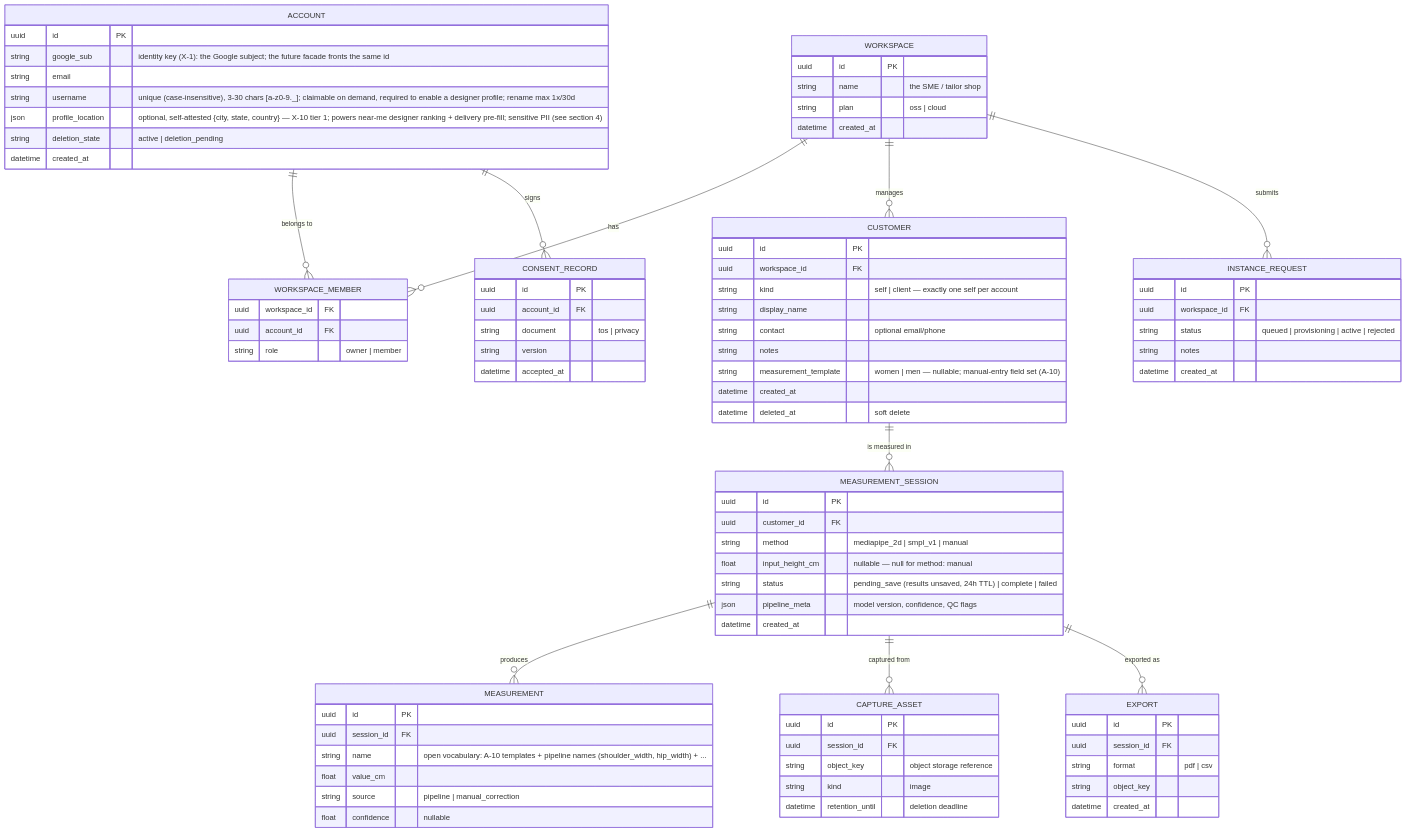
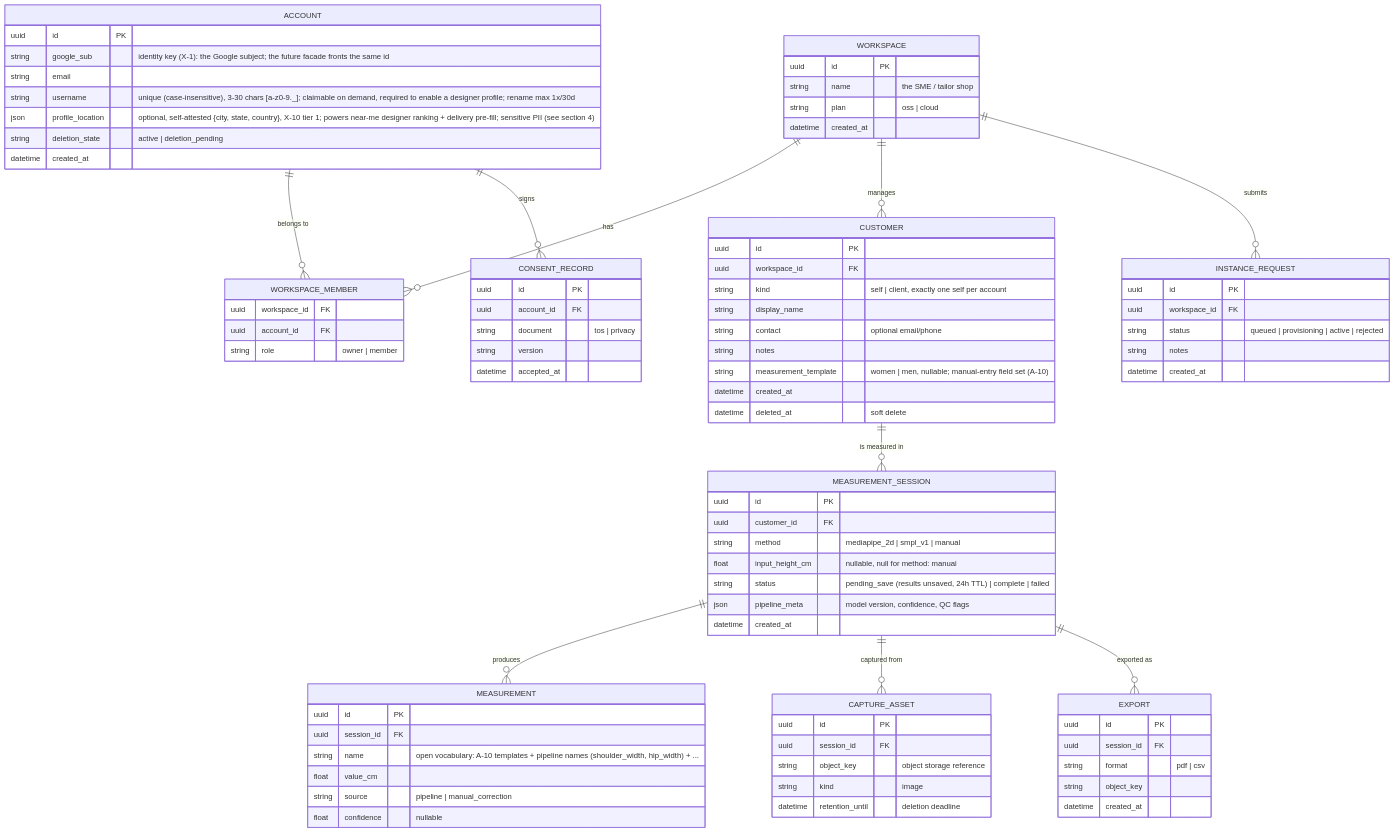
Before and after one commit to cuesoftinc/apparule: the first of 3 diagrams in docs/data-model.md, drawn with Mermaid. The commit also changed other lines of this file and 28 other files, not shown here.

```diff
--- a/docs/data-model.md
+++ b/docs/data-model.md
@@ -31,7 +31,7 @@
         string google_sub "identity key (X-1): the Google subject; the future facade fronts the same id"
         string email
         string username "unique (case-insensitive), 3-30 chars [a-z0-9._]; claimable on demand, required to enable a designer profile; rename max 1x/30d"
-        json profile_location "optional, self-attested {city, state, country} — X-10 tier 1; powers near-me designer ranking + delivery pre-fill; sensitive PII (see section 4)"
+        json profile_location "optional, self-attested {city, state, country}, X-10 tier 1; powers near-me designer ranking + delivery pre-fill; sensitive PII (see section 4)"
         string deletion_state "active | deletion_pending"
         datetime created_at
     }
@@ -49,11 +49,11 @@
     CUSTOMER {
         uuid id PK
         uuid workspace_id FK
-        string kind "self | client — exactly one self per account"
+        string kind "self | client, exactly one self per account"
         string display_name
         string contact "optional email/phone"
         string notes
-        string measurement_template "women | men — nullable; manual-entry field set (A-10)"
+        string measurement_template "women | men, nullable; manual-entry field set (A-10)"
         datetime created_at
         datetime deleted_at "soft delete"
     }
@@ -61,7 +61,7 @@
         uuid id PK
         uuid customer_id FK
         string method "mediapipe_2d | smpl_v1 | manual"
-        float input_height_cm "nullable — null for method: manual"
+        float input_height_cm "nullable, null for method: manual"
         string status "pending_save (results unsaved, 24h TTL) | complete | failed"
         json pipeline_meta "model version, confidence, QC flags"
         datetime created_at
```
